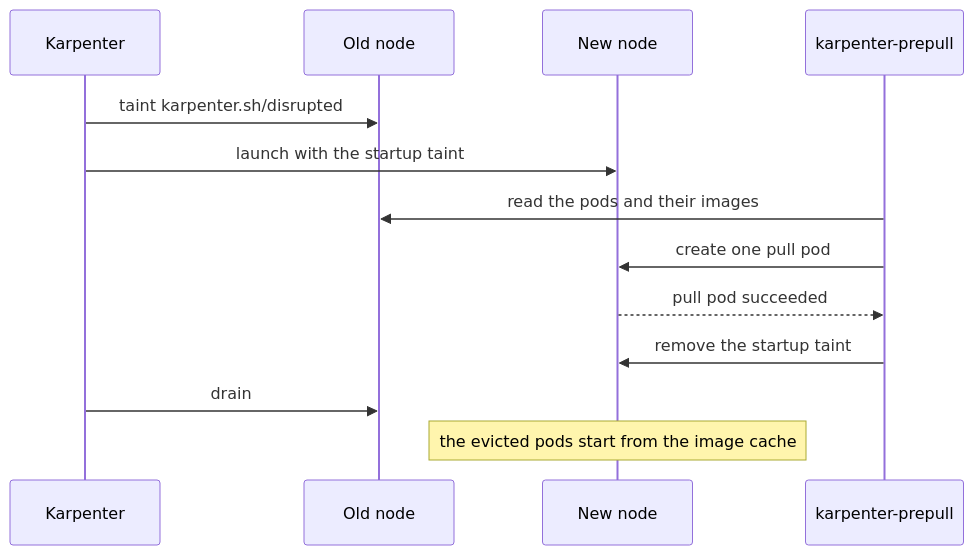
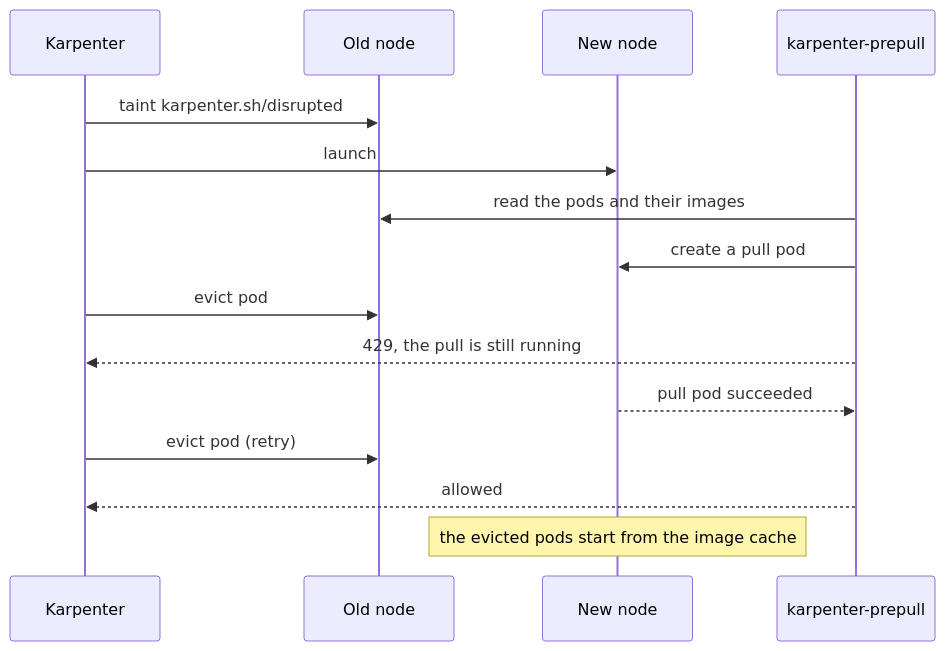
Before and after one commit to goldsky-io/karpenter-prepull: the diagram in README.md, drawn with Mermaid. The commit also changed other lines of this file and 12 other files, not shown here.

````diff
--- a/README.md
+++ b/README.md
@@ -20,15 +26,17 @@
 ```mermaid
 sequenceDiagram
     participant K as Karpenter
     participant O as Old node
     participant N as New node
     participant P as karpenter-prepull
     K->>O: taint karpenter.sh/disrupted
-    K->>N: launch with the startup taint
+    K->>N: launch
     P->>O: read the pods and their images
-    P->>N: create one pull pod
+    P->>N: create a pull pod
+    K->>O: evict pod
+    P-->>K: 429, the pull is still running
     N-->>P: pull pod succeeded
-    P->>N: remove the startup taint
-    K->>O: drain
+    K->>O: evict pod (retry)
+    P-->>K: allowed
     Note over N: the evicted pods start from the image cache
 ```
````
